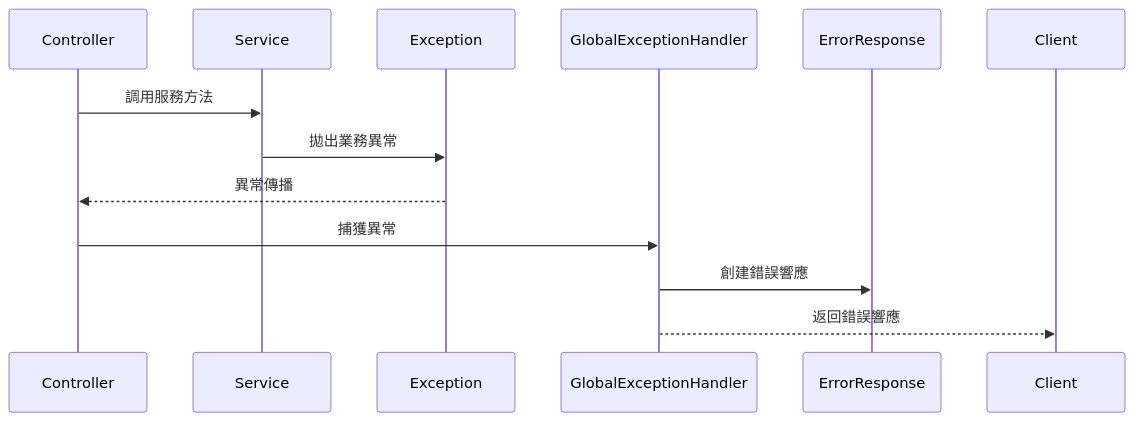
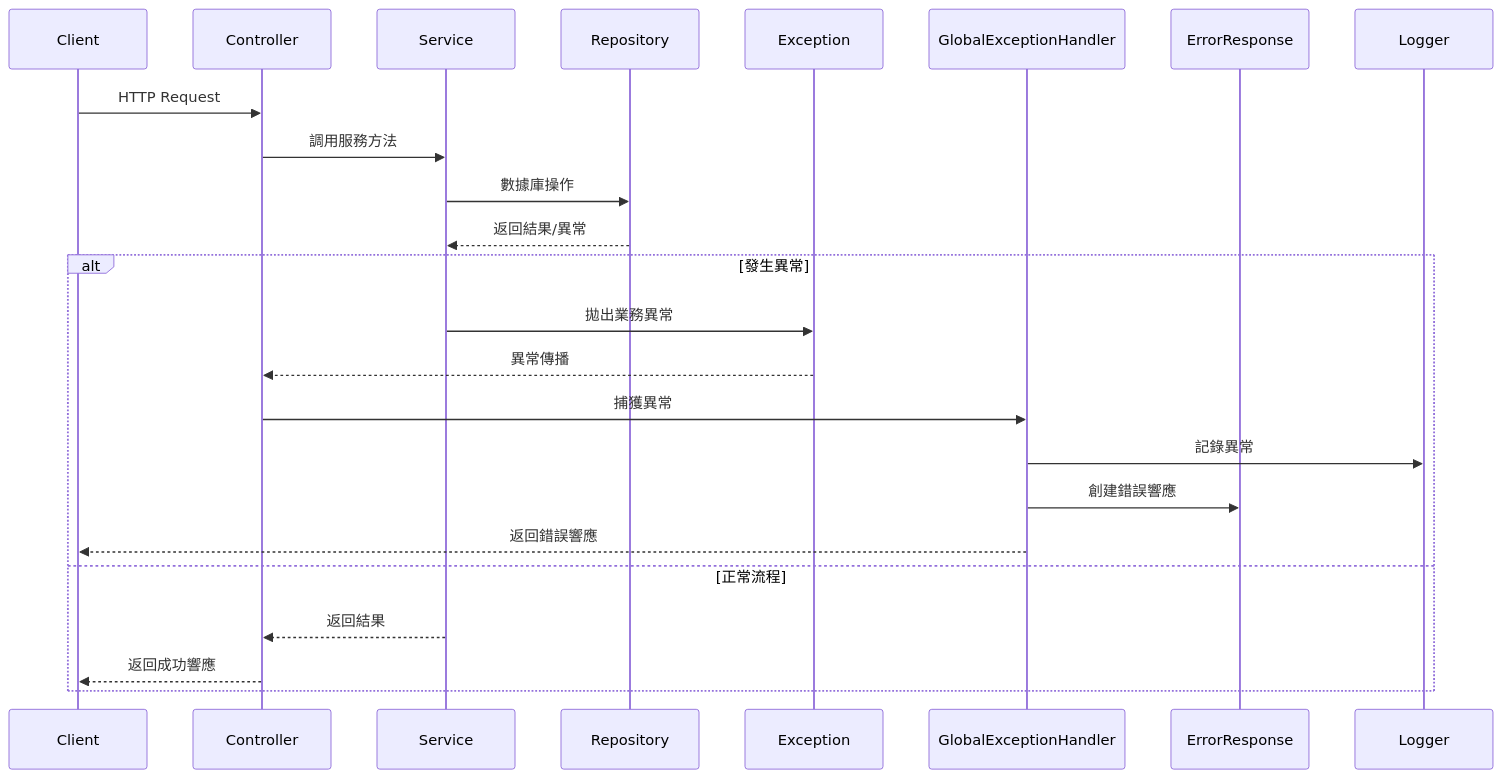
Diagram 12 of 16 in README.md (Vinskao/ty-multiverse-backend), drawn with Mermaid before and after one commit. The commit also changed other lines of this file, not shown here.

Commit message:
info: update graph

````diff
--- a/README.md
+++ b/README.md
@@ -437,16 +735,27 @@
 ```mermaid
 sequenceDiagram
+    participant Client
     participant Controller
     participant Service
+    participant Repository
     participant Exception
     participant GlobalExceptionHandler
     participant ErrorResponse
-    participant Client
+    participant Logger
     
+    Client->>Controller: HTTP Request
     Controller->>Service: 調用服務方法
-    Service->>Exception: 拋出業務異常
-    Exception-->>Controller: 異常傳播
-    Controller->>GlobalExceptionHandler: 捕獲異常
-    GlobalExceptionHandler->>ErrorResponse: 創建錯誤響應
-    GlobalExceptionHandler-->>Client: 返回錯誤響應
+    Service->>Repository: 數據庫操作
+    Repository-->>Service: 返回結果/異常
+    alt 發生異常
+        Service->>Exception: 拋出業務異常
+        Exception-->>Controller: 異常傳播
+        Controller->>GlobalExceptionHandler: 捕獲異常
+        GlobalExceptionHandler->>Logger: 記錄異常
+        GlobalExceptionHandler->>ErrorResponse: 創建錯誤響應
+        GlobalExceptionHandler-->>Client: 返回錯誤響應
+    else 正常流程
+        Service-->>Controller: 返回結果
+        Controller-->>Client: 返回成功響應
+    end
 ```
````
